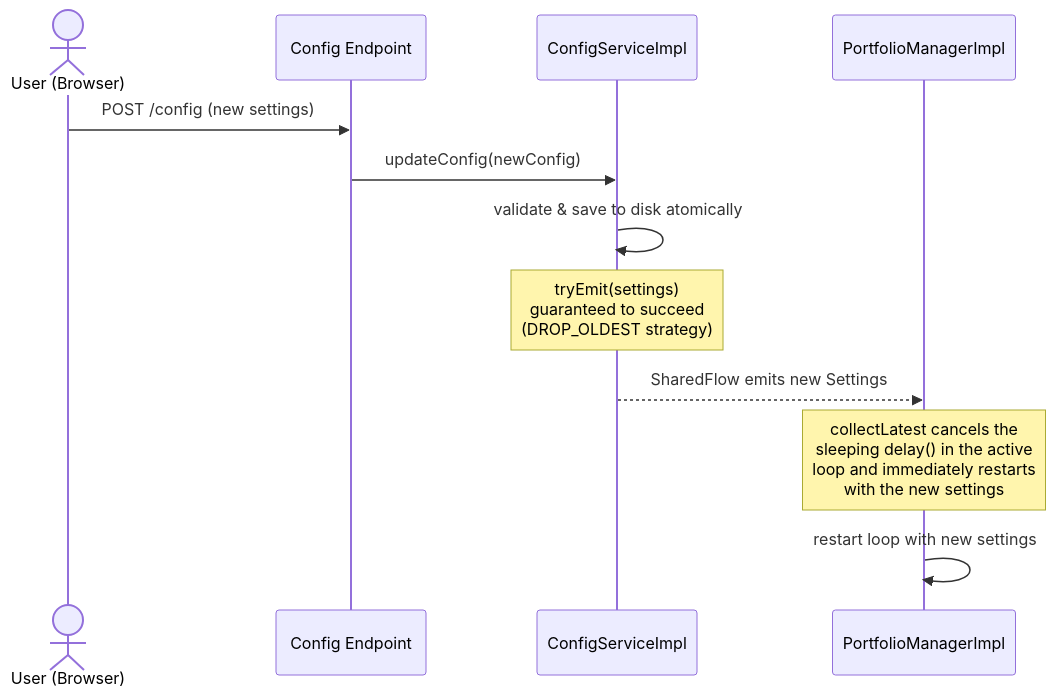
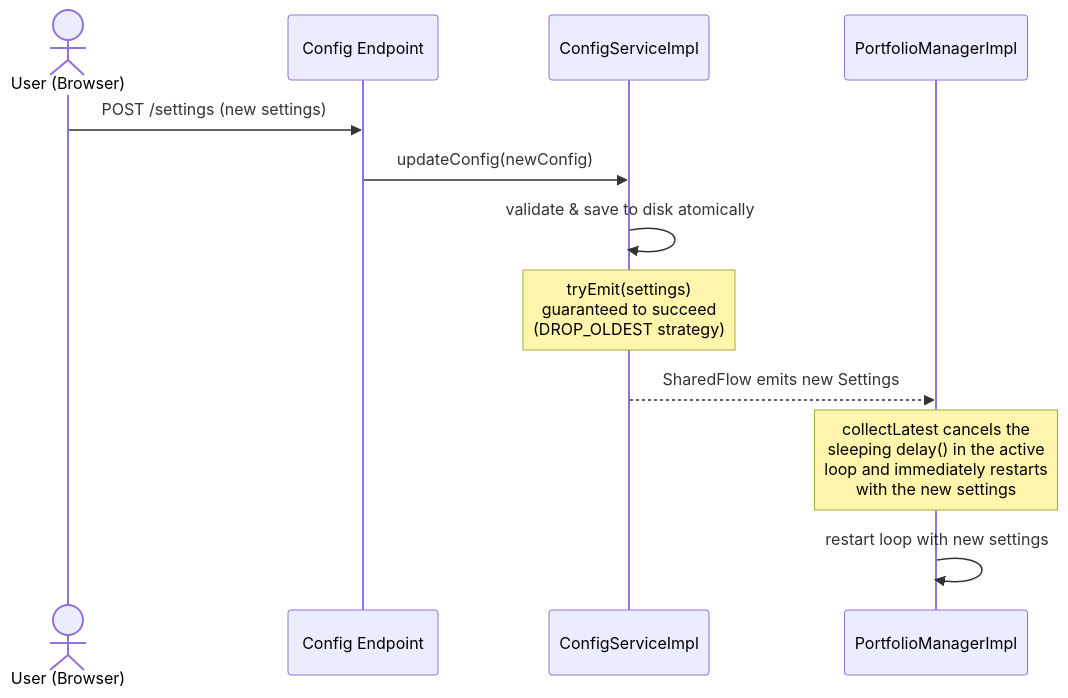
One commit to HyperVon/new-kraken-rebalancer changed the second of 5 diagrams in docs/FLOWS.md. Above: the diagram before and after it, drawn with Mermaid. The commit also changed other lines of this file and 12 other files, not shown here.

````diff
--- a/docs/FLOWS.md
+++ b/docs/FLOWS.md
@@ -99,16 +99,16 @@
 ```mermaid
 sequenceDiagram
     actor User as User (Browser)
     participant API as Config Endpoint
     participant CS as ConfigServiceImpl
     participant PM as PortfolioManagerImpl
 
-    User->>API: POST /config (new settings)
+    User->>API: POST /settings (new settings)
     API->>CS: updateConfig(newConfig)
     CS->>CS: validate & save to disk atomically
     note over CS: tryEmit(settings)<br/>guaranteed to succeed<br/>(DROP_OLDEST strategy)
     CS-->>PM: SharedFlow emits new Settings
 
     note over PM: collectLatest cancels the<br/>sleeping delay() in the active<br/>loop and immediately restarts<br/>with the new settings
     PM->>PM: restart loop with new settings
 ```
````
